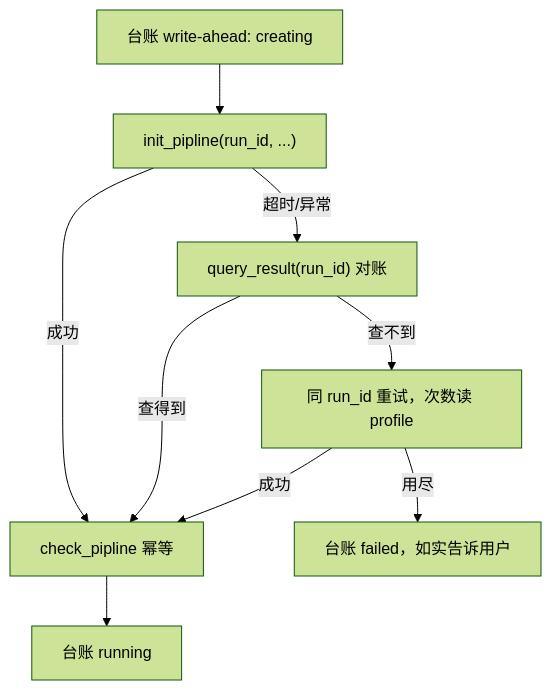
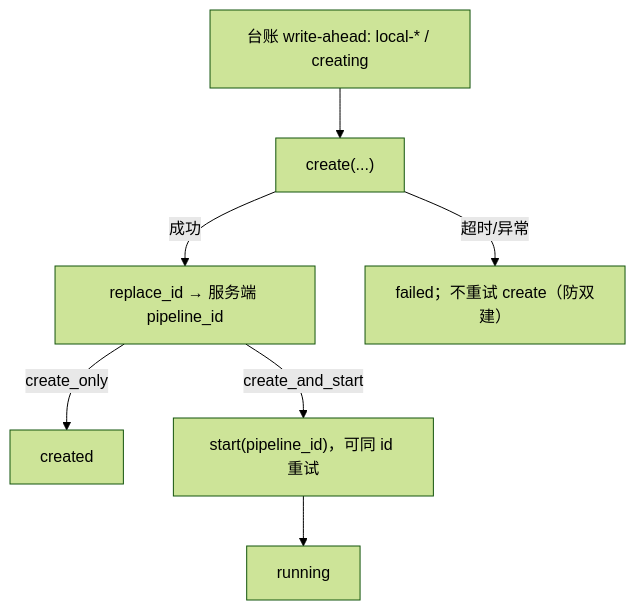
Before and after one commit to LuukkaToT/work_agent: the third of 3 diagrams in docs/interview-guide.md, drawn with Mermaid (forest theme). The commit also changed other lines of this file and 28 other files, not shown here.

````diff
--- a/docs/interview-guide.md
+++ b/docs/interview-guide.md
@@ -189,11 +191,9 @@
 ```mermaid
 flowchart TD
-  W["台账 write-ahead: creating"] --> I["init_pipline(run_id, ...)"]
-  I -->|"成功"| C["check_pipline 幂等"]
-  I -->|"超时/异常"| Q["query_result(run_id) 对账"]
-  Q -->|"查得到"| C
-  Q -->|"查不到"| R["同 run_id 重试，次数读 profile"]
-  R -->|"成功"| C
-  R -->|"用尽"| F["台账 failed，如实告诉用户"]
-  C --> OK["台账 running"]
+  W["台账 write-ahead: local-* / creating"] --> C["create(...)"]
+  C -->|"成功"| R["replace_id → 服务端 pipeline_id"]
+  C -->|"超时/异常"| F["failed；不重试 create（防双建）"]
+  R -->|"create_only"| OK1["created"]
+  R -->|"create_and_start"| S["start(pipeline_id)，可同 id 重试"]
+  S --> OK2["running"]
 ```
````
